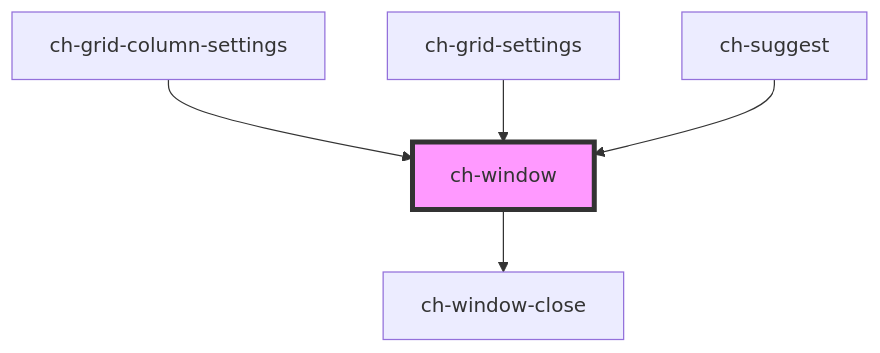
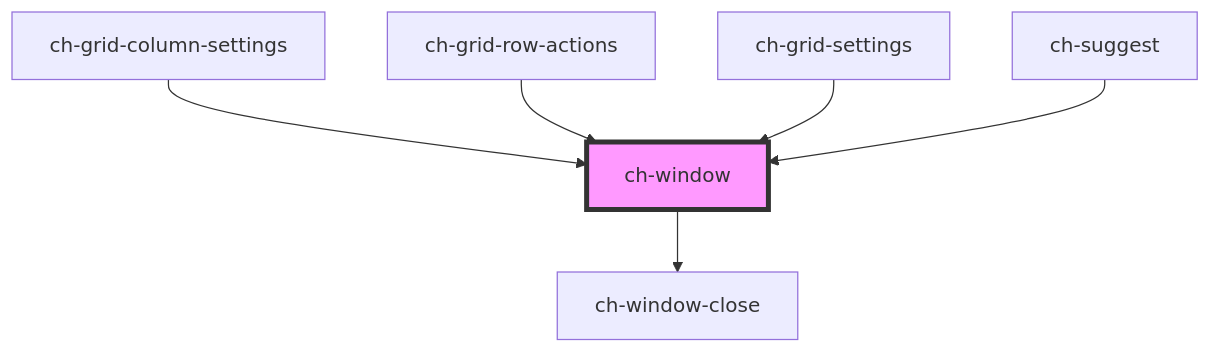
One commit to genexuslabs/chameleon-controls-library changed the diagram in src/components/window/readme.md. Above: the diagram before and after it, drawn with Mermaid. The commit also changed other lines of this file and 4 other files, not shown here.

````diff
--- a/src/components/window/readme.md
+++ b/src/components/window/readme.md
@@ -59,8 +60,9 @@
 ```mermaid
 graph TD;
   ch-window --> ch-window-close
   ch-grid-column-settings --> ch-window
+  ch-grid-row-actions --> ch-window
   ch-grid-settings --> ch-window
   ch-suggest --> ch-window
   style ch-window fill:#f9f,stroke:#333,stroke-width:4px
 ```
````
